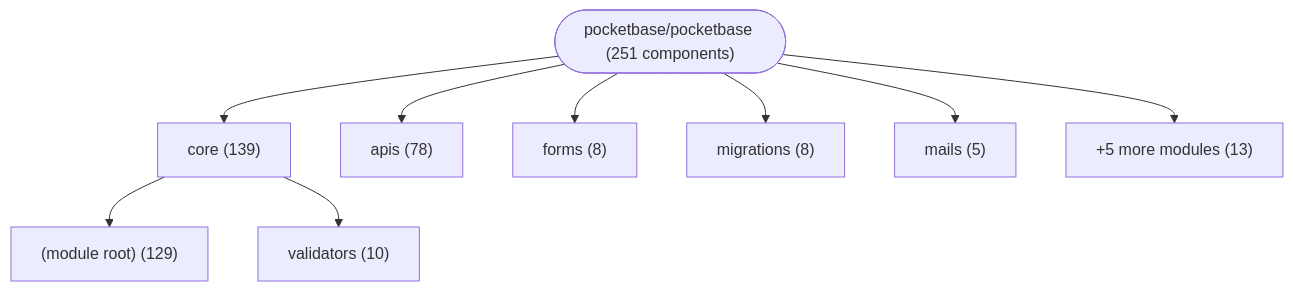
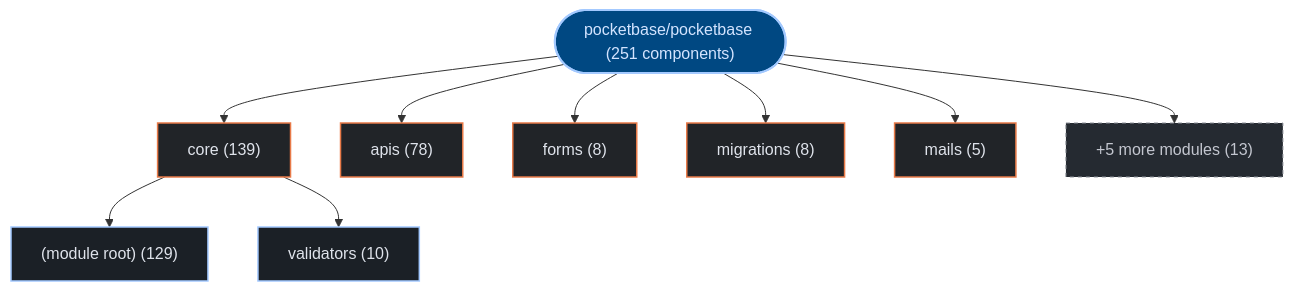
One commit to kumarshaz/atruss-code-atlas changed the first of 3 diagrams in exports/latest/reports/pocketbase-pocketbase-report.md. Above: the diagram before and after it, drawn with Mermaid. The commit also changed other lines of this file and 331 other files, not shown here.

Commit message:
docs,ui,fix: update SDLC docs, reorder CI/CD DAG first, stylize Mermaid, and fix Arc42 pipeline topology

````diff
--- a/exports/latest/reports/pocketbase-pocketbase-report.md
+++ b/exports/latest/reports/pocketbase-pocketbase-report.md
@@ -42,20 +42,27 @@
 ```mermaid
 graph TD;
-    repo_root(["pocketbase/pocketbase (251 components)"])
-    dir_0_core["core (139)"]
+  classDef atlasRoot fill:#004882,stroke:#a3c9ff,stroke-width:2px,color:#d3e4ff
+  classDef atlasCategory fill:#212428,stroke:#E87A48,stroke-width:1.5px,color:#dfe3eb
+  classDef atlasWorkflow fill:#1b2026,stroke:#a3c9ff,stroke-width:1.5px,color:#dfe3eb
+  classDef atlasJob fill:#171c22,stroke:#8d9199,stroke-width:1px,color:#dfe3eb
+  classDef atlasTarget fill:#005227,stroke:#8bd99b,stroke-width:1.5px,color:#a7f6b6
+  classDef atlasAlert fill:#93000a,stroke:#ffb4ab,stroke-width:1.5px,color:#ffdad6
+  classDef atlasMore fill:#252a31,stroke:#8d9199,stroke-dasharray:4 4,color:#c3c6cf
+    repo_root(["pocketbase/pocketbase (251 components)"]):::atlasRoot
+    dir_0_core["core (139)"]:::atlasCategory
     repo_root --> dir_0_core
-    sub_0_0__module_root_["(module root) (129)"]
+    sub_0_0__module_root_["(module root) (129)"]:::atlasWorkflow
     dir_0_core --> sub_0_0__module_root_
-    sub_0_1_validators["validators (10)"]
+    sub_0_1_validators["validators (10)"]:::atlasWorkflow
     dir_0_core --> sub_0_1_validators
-    dir_1_apis["apis (78)"]
+    dir_1_apis["apis (78)"]:::atlasCategory
     repo_root --> dir_1_apis
-    dir_2_forms["forms (8)"]
+    dir_2_forms["forms (8)"]:::atlasCategory
     repo_root --> dir_2_forms
-    dir_3_migrations["migrations (8)"]
+    dir_3_migrations["migrations (8)"]:::atlasCategory
     repo_root --> dir_3_migrations
-    dir_4_mails["mails (5)"]
+    dir_4_mails["mails (5)"]:::atlasCategory
     repo_root --> dir_4_mails
-    dir_other_modules["+5 more modules (13)"]
+    dir_other_modules["+5 more modules (13)"]:::atlasMore
     repo_root --> dir_other_modules
 ```
````
